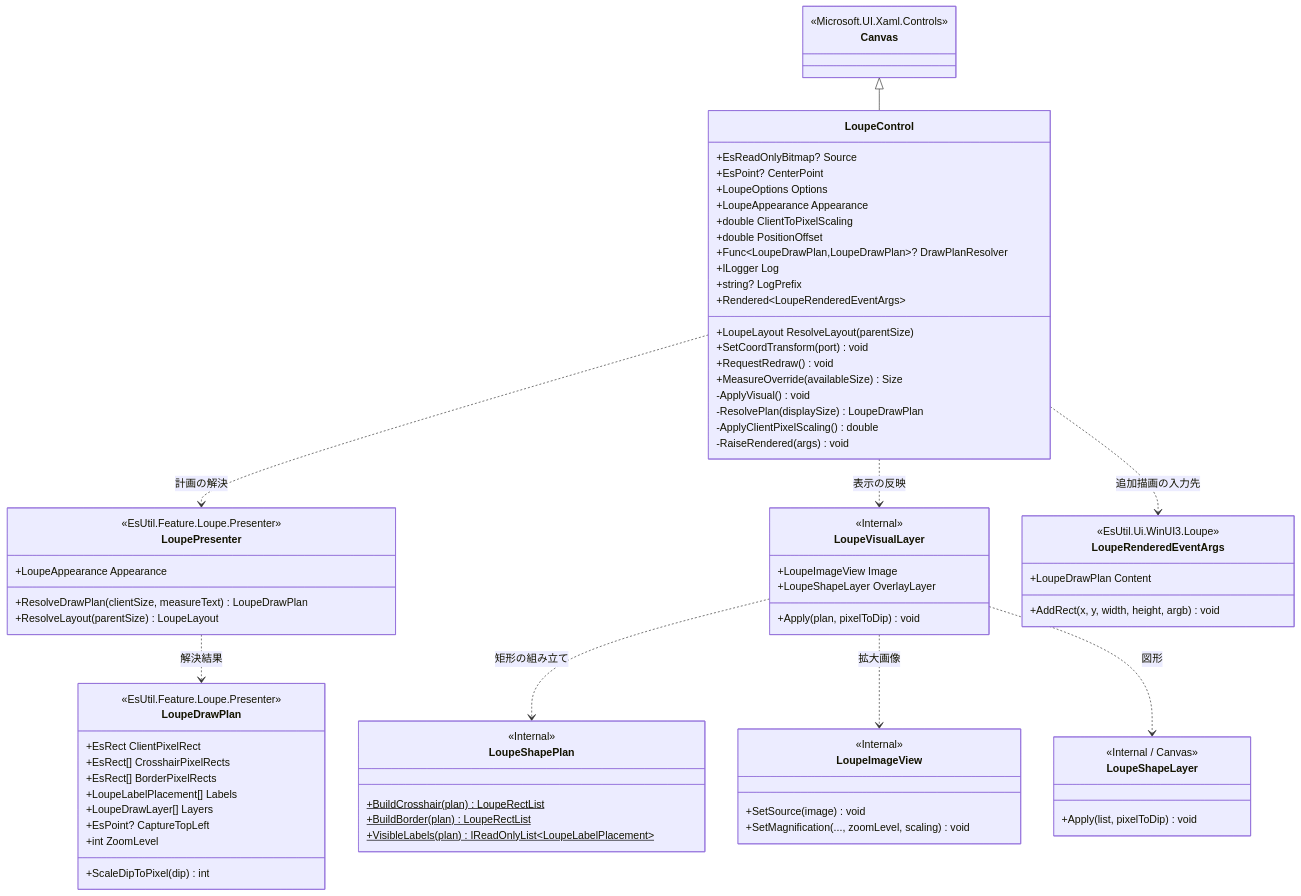
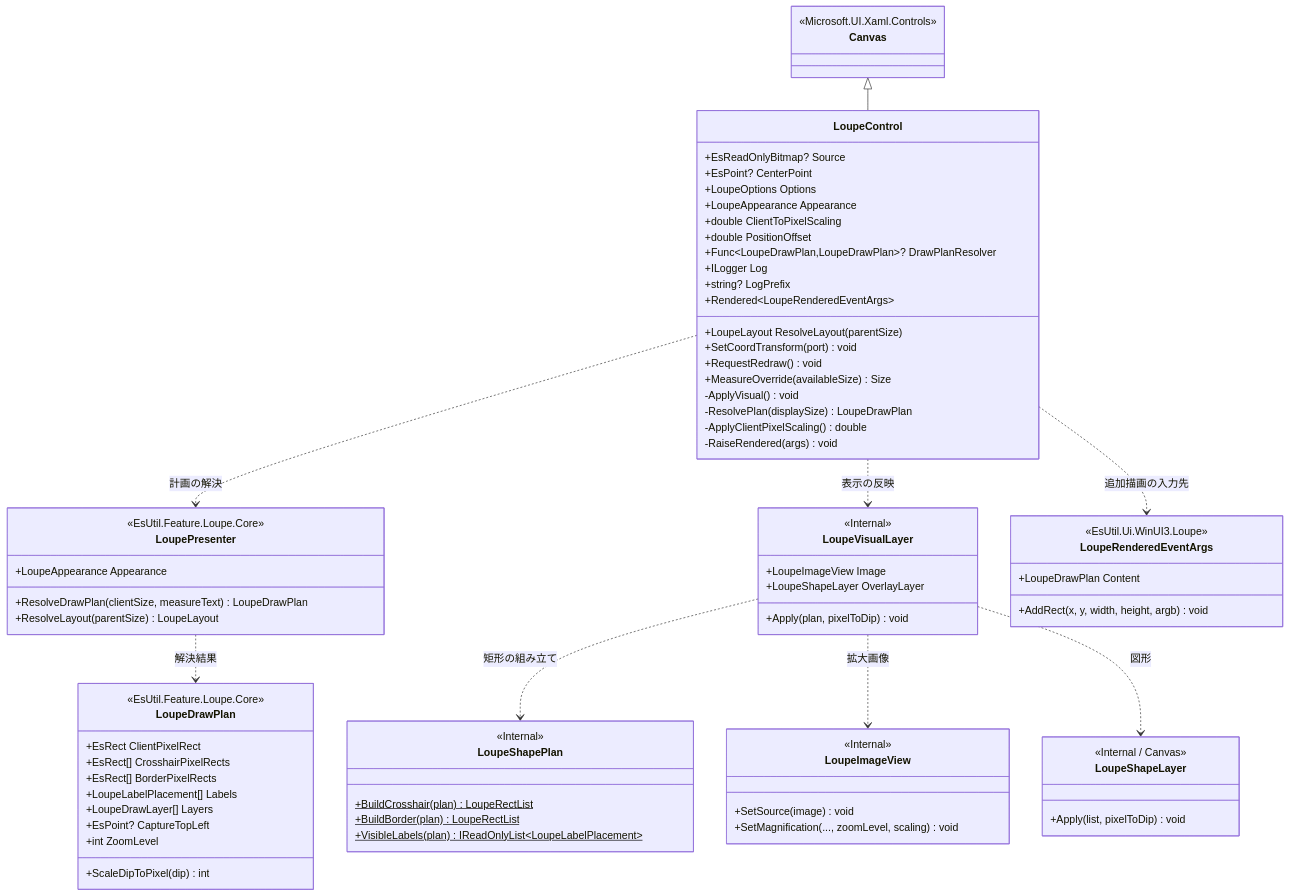
The first of 2 diagrams in EsUtil.Ui.WinUI3/Loupe/docs/SPEC_System.md (tomokuni/EsUtil), drawn with Mermaid before and after one commit. The commit also changed other lines of this file and 296 other files, not shown here.

````diff
--- a/EsUtil.Ui.WinUI3/Loupe/docs/SPEC_System.md
+++ b/EsUtil.Ui.WinUI3/Loupe/docs/SPEC_System.md
@@ -110,77 +110,77 @@
 ```mermaid
 classDiagram
     class Canvas {
         <<Microsoft.UI.Xaml.Controls>>
     }
     class LoupeControl {
         +EsReadOnlyBitmap? Source
         +EsPoint? CenterPoint
         +LoupeOptions Options
         +LoupeAppearance Appearance
         +double ClientToPixelScaling
         +double PositionOffset
         +Func~LoupeDrawPlan,LoupeDrawPlan~? DrawPlanResolver
         +ILogger Log
         +string? LogPrefix
         +LoupeLayout ResolveLayout(parentSize)
         +SetCoordTransform(port) void
         +RequestRedraw() void
         +Rendered~LoupeRenderedEventArgs~
         +MeasureOverride(availableSize) Size
         -ApplyVisual() void
         -ResolvePlan(displaySize) LoupeDrawPlan
         -ApplyClientPixelScaling() double
         -RaiseRendered(args) void
     }
     class LoupePresenter {
-        <<EsUtil.Feature.Loupe.Presenter>>
+        <<EsUtil.Feature.Loupe.Core>>
         +LoupeAppearance Appearance
         +ResolveDrawPlan(clientSize, measureText) LoupeDrawPlan
         +ResolveLayout(parentSize) LoupeLayout
     }
     class LoupeDrawPlan {
-        <<EsUtil.Feature.Loupe.Presenter>>
+        <<EsUtil.Feature.Loupe.Core>>
         +EsRect ClientPixelRect
         +EsRect[] CrosshairPixelRects
         +EsRect[] BorderPixelRects
         +LoupeLabelPlacement[] Labels
         +LoupeDrawLayer[] Layers
         +EsPoint? CaptureTopLeft
         +int ZoomLevel
         +ScaleDipToPixel(dip) int
     }
     class LoupeVisualLayer {
         <<Internal>>
         +Apply(plan, pixelToDip) void
         +LoupeImageView Image
         +LoupeShapeLayer OverlayLayer
     }
     class LoupeShapePlan {
         <<Internal>>
         +BuildCrosshair(plan) LoupeRectList$
         +BuildBorder(plan) LoupeRectList$
         +VisibleLabels(plan) IReadOnlyList~LoupeLabelPlacement~$
     }
     class LoupeImageView {
         <<Internal>>
         +SetSource(image) void
         +SetMagnification(..., zoomLevel, scaling) void
     }
     class LoupeShapeLayer {
         <<Internal / Canvas>>
         +Apply(list, pixelToDip) void
     }
     class LoupeRenderedEventArgs {
         <<EsUtil.Ui.WinUI3.Loupe>>
         +AddRect(x, y, width, height, argb) void
         +LoupeDrawPlan Content
     }
     Canvas <|-- LoupeControl
     LoupeControl ..> LoupePresenter : 計画の解決
     LoupeControl ..> LoupeVisualLayer : 表示の反映
     LoupeVisualLayer ..> LoupeShapePlan : 矩形の組み立て
     LoupeVisualLayer ..> LoupeImageView : 拡大画像
     LoupeVisualLayer ..> LoupeShapeLayer : 図形
     LoupePresenter ..> LoupeDrawPlan : 解決結果
     LoupeControl ..> LoupeRenderedEventArgs : 追加描画の入力先
 ```
````
